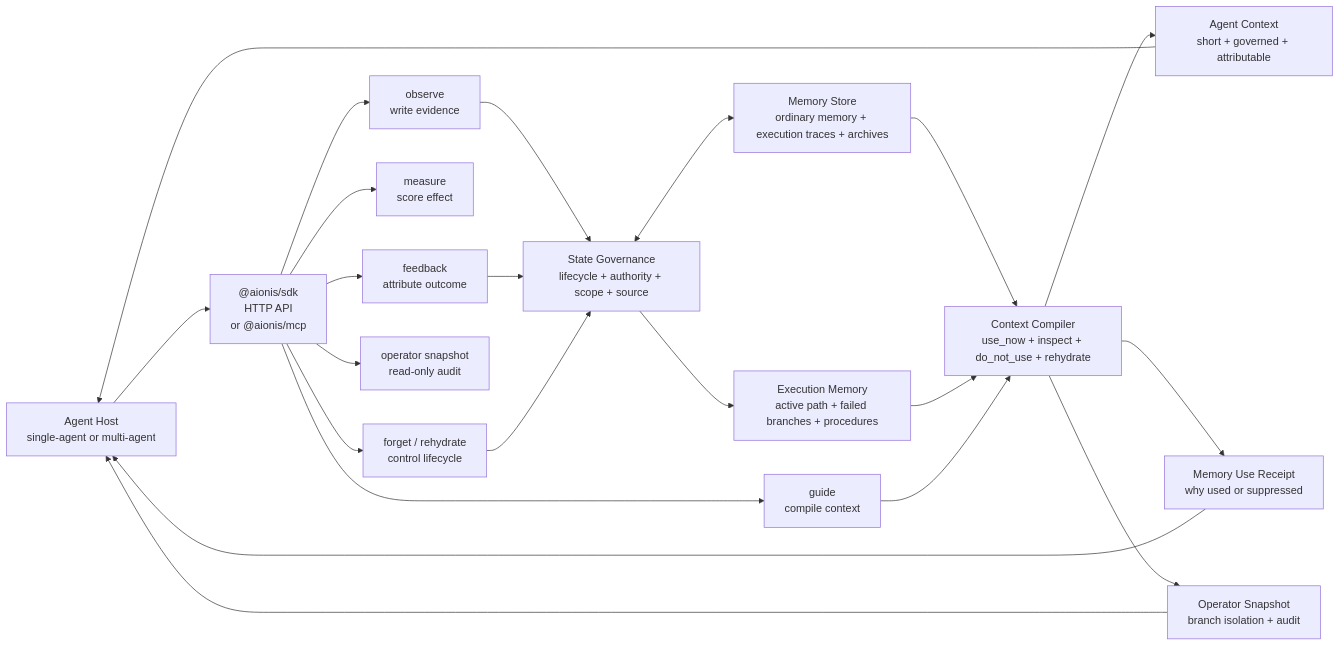
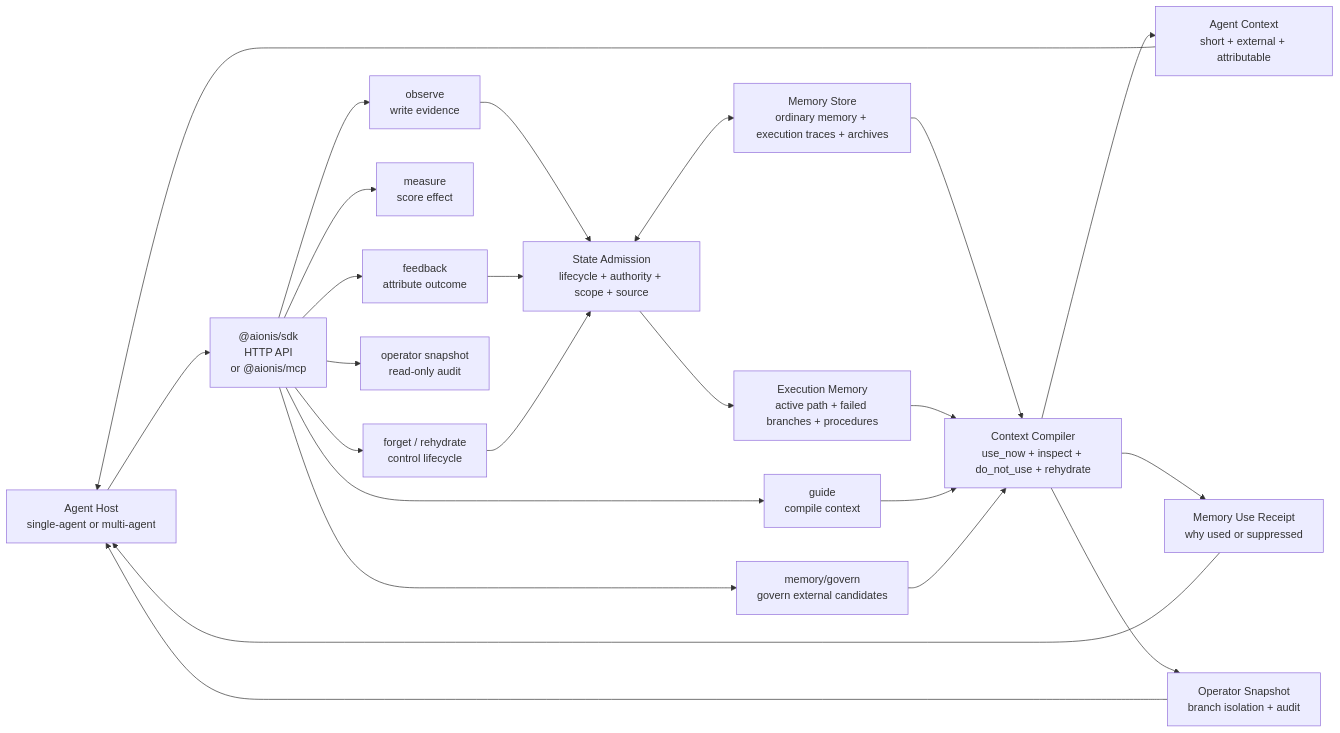
One commit to ostinatocc/Aionis changed the diagram in README.md. Above: the diagram before and after it, drawn with Mermaid. The commit also changed other lines of this file and 13 other files, not shown here.

Commit message:
Add external memory firewall gateway

````diff
--- a/README.md
+++ b/README.md
@@ -43,30 +44,32 @@
 ```mermaid
 flowchart LR
   Host["Agent Host\nsingle-agent or multi-agent"] --> SDK["@aionis/sdk\nHTTP API\nor @aionis/mcp"]
 
   SDK --> Observe["observe\nwrite evidence"]
   SDK --> Guide["guide\ncompile context"]
+  SDK --> Govern["memory/govern\ngovern external candidates"]
   SDK --> Feedback["feedback\nattribute outcome"]
   SDK --> Measure["measure\nscore effect"]
   SDK --> Forget["forget / rehydrate\ncontrol lifecycle"]
   SDK --> Snapshot["operator snapshot\nread-only audit"]
 
-  Observe --> Governance["State Governance\nlifecycle + authority + scope + source"]
-  Feedback --> Governance
-  Forget --> Governance
+  Observe --> Admission["State Admission\nlifecycle + authority + scope + source"]
+  Feedback --> Admission
+  Forget --> Admission
 
-  Governance <--> Store["Memory Store\nordinary memory + execution traces + archives"]
-  Governance --> Exec["Execution Memory\nactive path + failed branches + procedures"]
+  Admission <--> Store["Memory Store\nordinary memory + execution traces + archives"]
+  Admission --> Exec["Execution Memory\nactive path + failed branches + procedures"]
 
   Store --> Compiler["Context Compiler\nuse_now + inspect + do_not_use + rehydrate"]
   Exec --> Compiler
   Guide --> Compiler
+  Govern --> Compiler
 
-  Compiler --> AgentContext["Agent Context\nshort + governed + attributable"]
+  Compiler --> AgentContext["Agent Context\nshort + external + attributable"]
   Compiler --> Receipt["Memory Use Receipt\nwhy used or suppressed"]
   Compiler --> Operator["Operator Snapshot\nbranch isolation + audit"]
 
   AgentContext --> Host
   Receipt --> Host
   Operator --> Host
 ```
````
